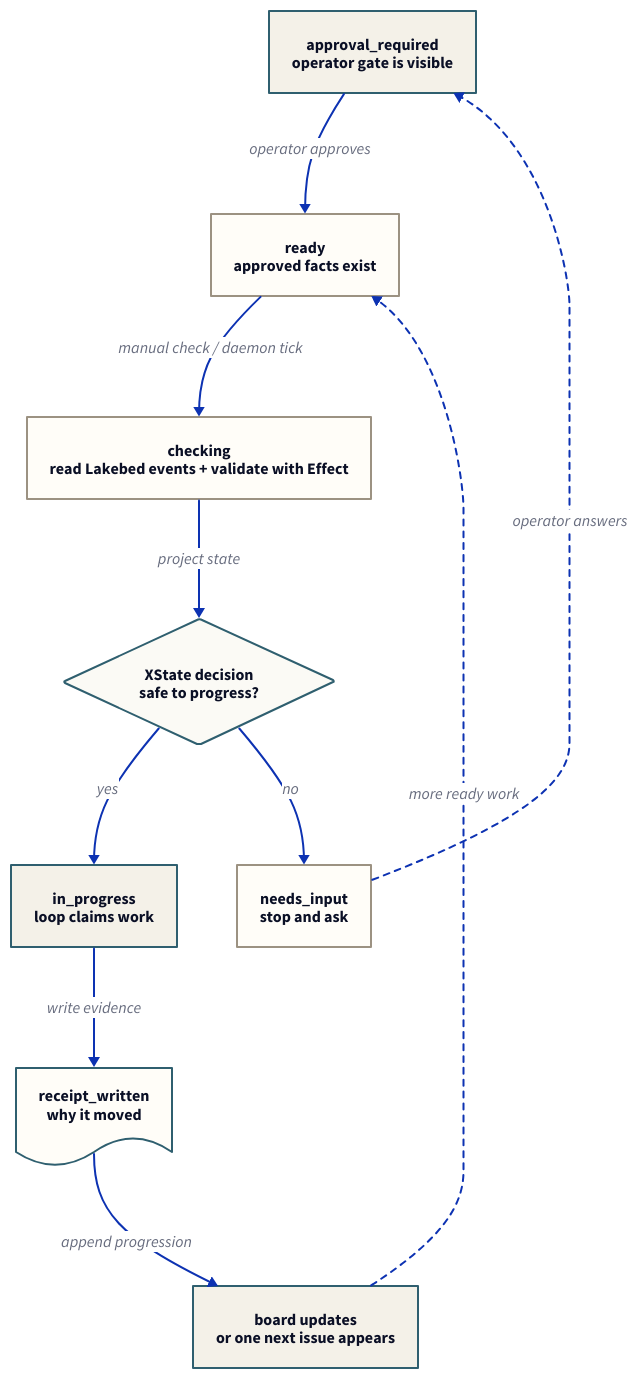
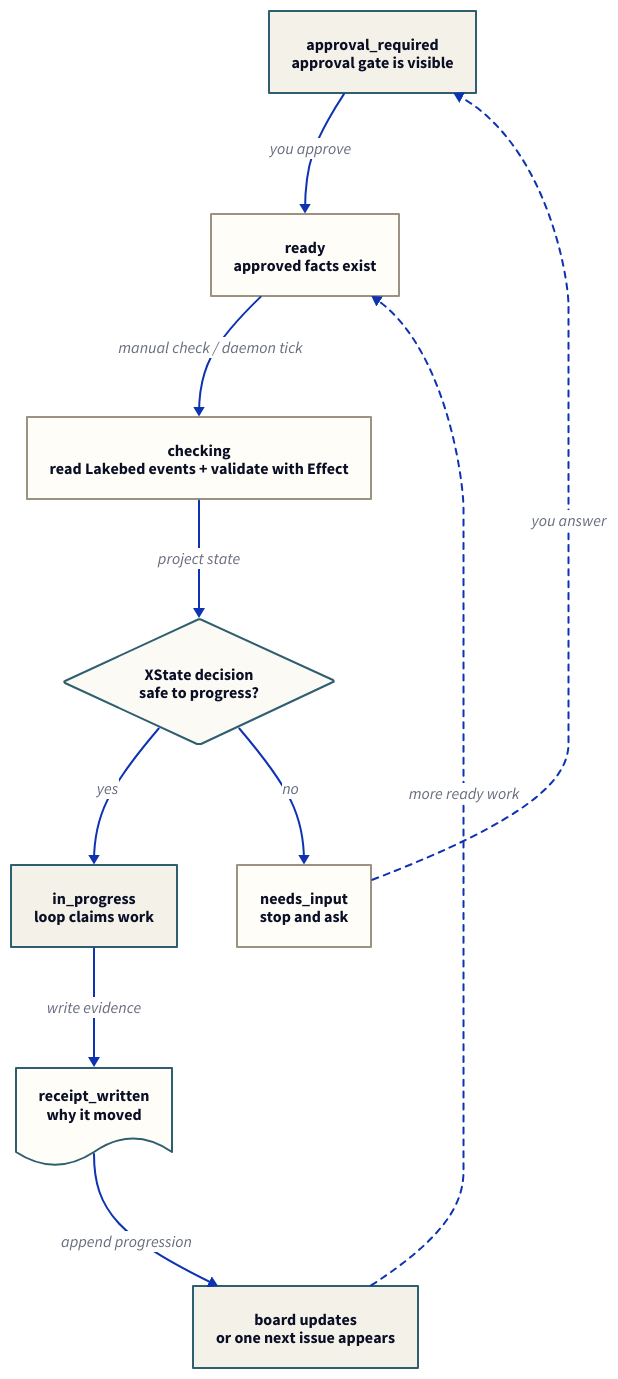
The diagram in web/static/workshop-loop-state.d2 (joelhooks/aie-loopcraft-workshop-2026), drawn with D2 before and after one commit. The commit also changed 45 other files, not shown here.

```diff
--- a/web/static/workshop-loop-state.d2
+++ b/web/static/workshop-loop-state.d2
@@ -1,63 +1,63 @@
 direction: down
 
-blocked: "approval_required\noperator gate is visible" {
+blocked: "approval_required\napproval gate is visible" {
   shape: rectangle
   style.fill: "#f4f1e8"
   style.stroke: "#2f5f6f"
 }
 
 ready: "ready\napproved facts exist" {
   shape: rectangle
   style.fill: "#fffdf8"
   style.stroke: "#9c9282"
 }
 
 checking: "checking\nread Lakebed events + validate with Effect" {
   shape: rectangle
   style.fill: "#fffdf8"
   style.stroke: "#9c9282"
 }
 
 decision: "XState decision\nsafe to progress?" {
   shape: diamond
   style.fill: "#fbfaf5"
   style.stroke: "#2f5f6f"
 }
 
 needs_input: "needs_input\nstop and ask" {
   shape: rectangle
   style.fill: "#fffdf8"
   style.stroke: "#9c9282"
 }
 
 doing: "in_progress\nloop claims work" {
   shape: rectangle
   style.fill: "#f4f1e8"
   style.stroke: "#2f5f6f"
 }
 
 receipt: "receipt_written\nwhy it moved" {
   shape: document
   style.fill: "#fffdf8"
   style.stroke: "#2f5f6f"
 }
 
 next: "board updates\nor one next issue appears" {
   shape: rectangle
   style.fill: "#f4f1e8"
   style.stroke: "#2f5f6f"
 }
 
-blocked -> ready: "operator approves"
+blocked -> ready: "you approve"
 ready -> checking: "manual check / daemon tick"
 checking -> decision: "project state"
 decision -> doing: "yes"
 decision -> needs_input: "no"
 doing -> receipt: "write evidence"
 receipt -> next: "append progression"
-needs_input -> blocked: "operator answers" {
+needs_input -> blocked: "you answer" {
   style.stroke-dash: 3
 }
 next -> ready: "more ready work" {
   style.stroke-dash: 3
 }
```
